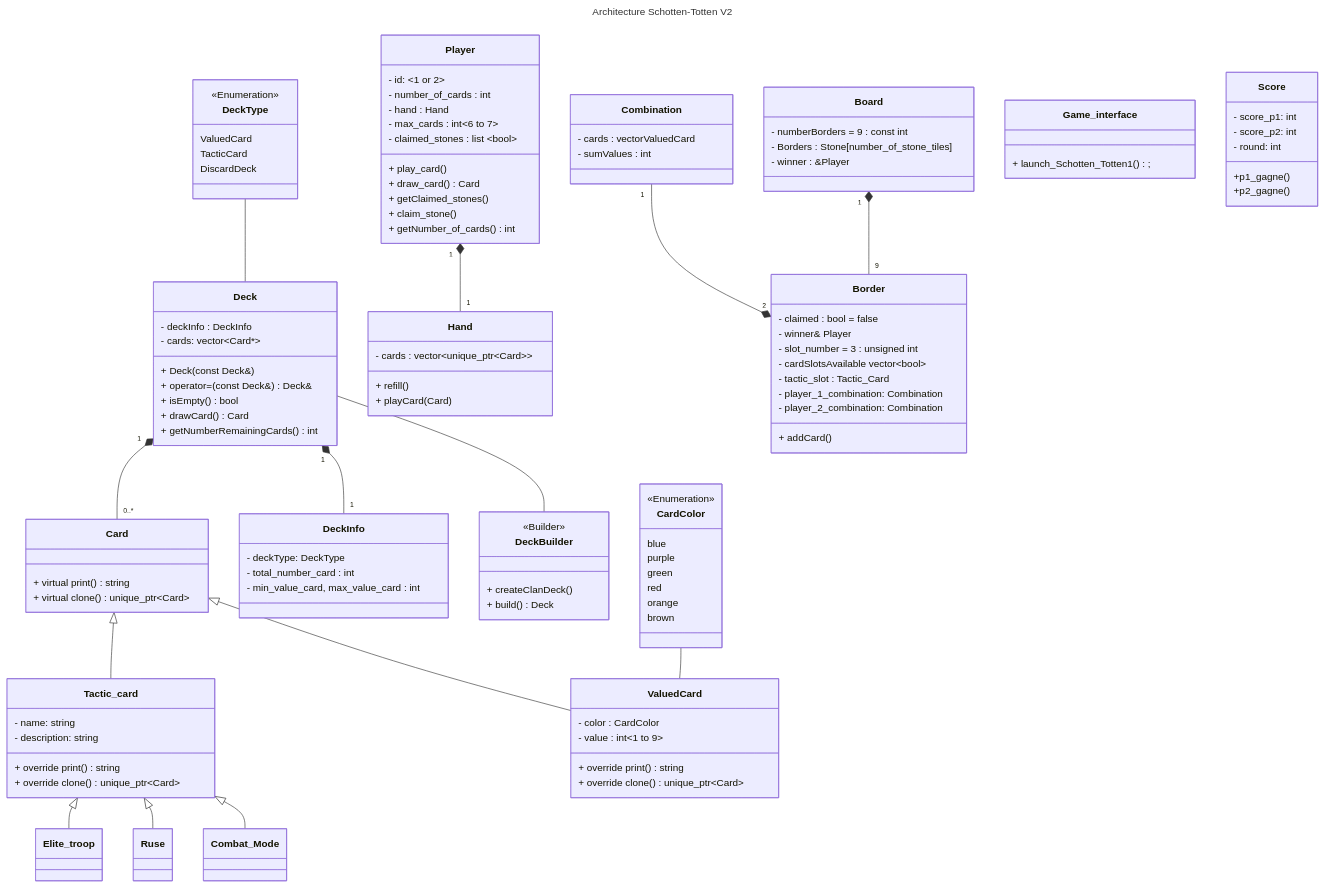
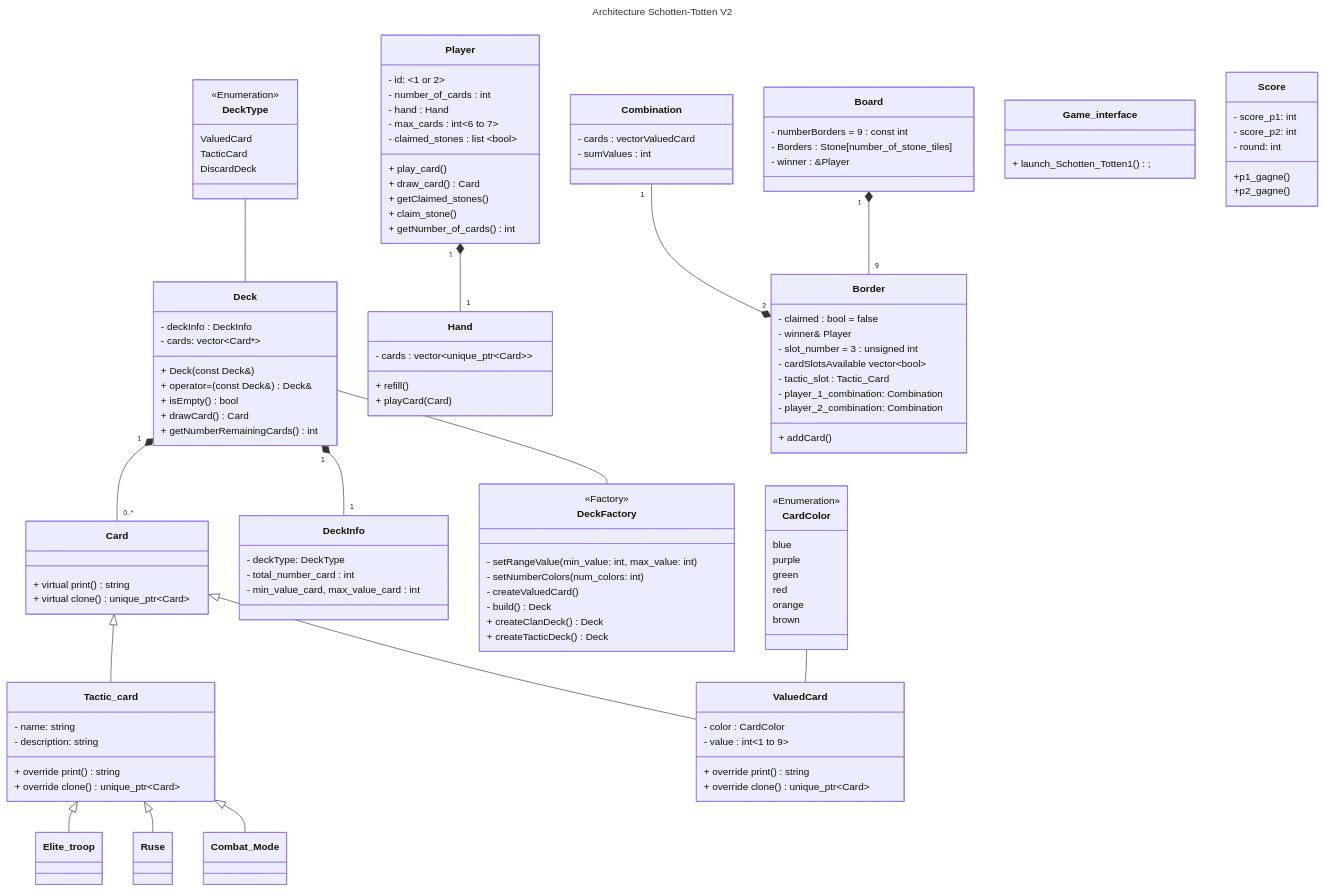
The diagram in README.md (kilaposhi/Schotten-Totten), drawn with Mermaid before and after one commit. The commit also changed other lines of this file and 9 other files, not shown here.

First line of the commit message:
Deck factory (#12)

```diff
--- a/README.md
+++ b/README.md
@@ -45,7 +45,7 @@
 Card <|-- ValuedCard
 Deck "1"*-- "0..*" Card
 Deck "1" *-- "1" DeckInfo
-Deck -- DeckBuilder
+Deck -- DeckFactory
 %%    Card "0..7" --* "0..1" Hand
 Player "1"*--"1" Hand
 Combination "1" --* "2" Border
@@ -139,10 +139,14 @@
 - min_value_card, max_value_card : int
   }
 
-class DeckBuilder {
-<<Builder>>
-+ createClanDeck()
-+ build() Deck
+class DeckFactory {
+  <<Factory>>
+  - setRangeValue(min_value: int, max_value: int)
+  - setNumberColors(num_colors: int)
+  - createValuedCard()
+  - build() Deck
+  + createClanDeck() Deck
+  + createTacticDeck() Deck
   }
 
 class Score{
```
